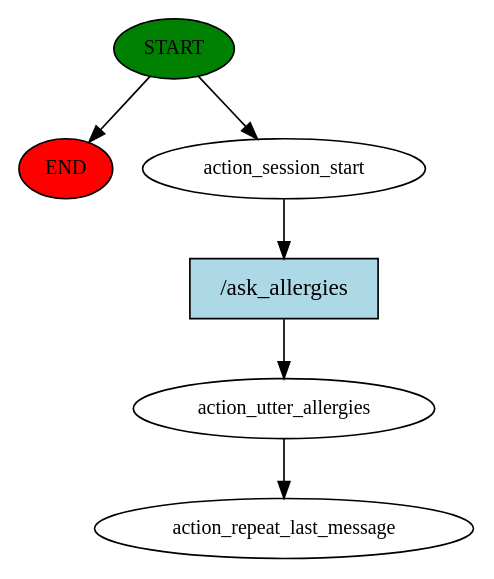
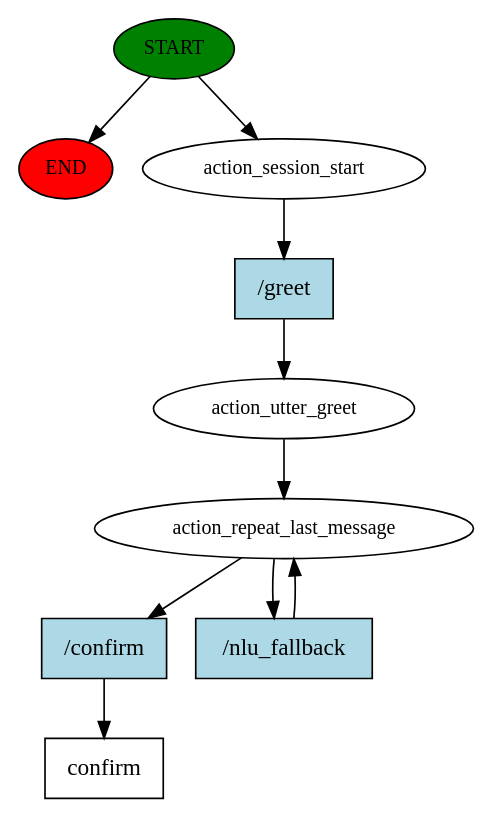
Before and after one commit to francesco-vaccari/HMD-Project: the diagram in rasa project/story_graph.dot, drawn with Graphviz. The commit also changed 12 other files, not shown here.

```diff
--- a/rasa project/story_graph.dot
+++ b/rasa project/story_graph.dot
@@ -1,13 +1,20 @@
 digraph  {
 0 [class="start active", fillcolor=green, fontsize=12, label=START, style=filled];
 "-1" [class=end, fillcolor=red, fontsize=12, label=END, style=filled];
 1 [class=active, fontsize=12, label=action_session_start];
-2 [class=active, fontsize=12, label=action_utter_allergies];
-3 [class="dashed active", fontsize=12, label=action_repeat_last_message];
-4 [class="intent active", fillcolor=lightblue, label="/ask_allergies", shape=rect, style=filled];
+2 [class=active, fontsize=12, label=action_utter_greet];
+3 [class=active, fontsize=12, label=action_repeat_last_message];
+5 [class="intent dashed active", label=confirm, shape=rect];
+6 [class="intent active", fillcolor=lightblue, label="/greet", shape=rect, style=filled];
+7 [class="intent active", fillcolor=lightblue, label="/confirm", shape=rect, style=filled];
+8 [class="intent active", fillcolor=lightblue, label="/nlu_fallback", shape=rect, style=filled];
 0 -> "-1"  [class="", key=NONE, label=""];
 0 -> 1  [class=active, key=NONE, label=""];
-1 -> 4  [class=active, key=0];
+1 -> 6  [class=active, key=0];
 2 -> 3  [class=active, key=NONE, label=""];
-4 -> 2  [class=active, key=0];
+3 -> 7  [class=active, key=0];
+3 -> 8  [class=active, key=0];
+6 -> 2  [class=active, key=0];
+7 -> 5  [class=active, key=0];
+8 -> 3  [class=active, key=0];
 }
```
